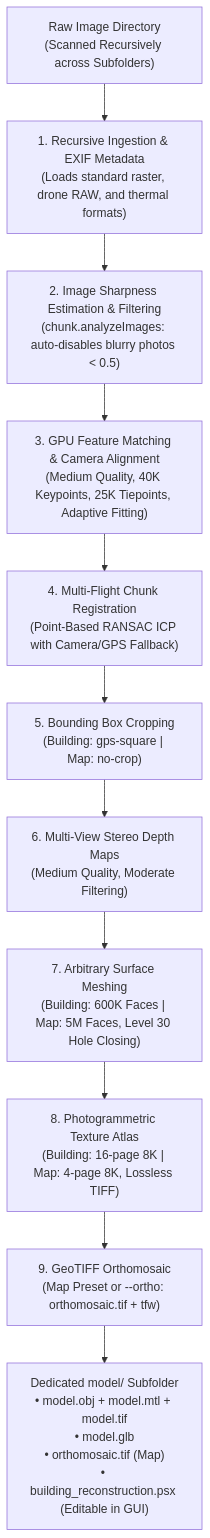
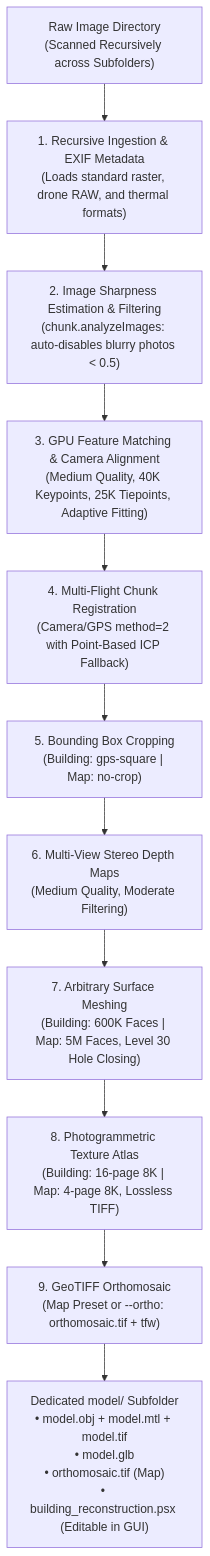
Before and after one commit to ngviettam82/AutoMetashape: the diagram in skills/user/image-to-3d-model/SKILL.md, drawn with Mermaid. The commit also changed other lines of this file and 4 other files, not shown here.

Commit message:
feat: Default to Camera/GPS chunk alignment to prevent symmetric structure flips

````diff
--- a/skills/user/image-to-3d-model/SKILL.md
+++ b/skills/user/image-to-3d-model/SKILL.md
@@ -36,13 +36,13 @@
 ```mermaid
 flowchart TD
     A["Raw Image Directory<br/>(Scanned Recursively across Subfolders)"] --> B["1. Recursive Ingestion & EXIF Metadata<br/>(Loads standard raster, drone RAW, and thermal formats)"]
     B --> C["2. Image Sharpness Estimation & Filtering<br/>(chunk.analyzeImages: auto-disables blurry photos < 0.5)"]
     C --> D["3. GPU Feature Matching & Camera Alignment<br/>(Medium Quality, 40K Keypoints, 25K Tiepoints, Adaptive Fitting)"]
-    D --> E["4. Multi-Flight Chunk Registration<br/>(Point-Based RANSAC ICP with Camera/GPS Fallback)"]
+    D --> E["4. Multi-Flight Chunk Registration<br/>(Camera/GPS method=2 with Point-Based ICP Fallback)"]
     E --> F["5. Bounding Box Cropping<br/>(Building: gps-square | Map: no-crop)"]
     F --> G["6. Multi-View Stereo Depth Maps<br/>(Medium Quality, Moderate Filtering)"]
     G --> H["7. Arbitrary Surface Meshing<br/>(Building: 600K Faces | Map: 5M Faces, Level 30 Hole Closing)"]
     H --> I["8. Photogrammetric Texture Atlas<br/>(Building: 16-page 8K | Map: 4-page 8K, Lossless TIFF)"]
     I --> J["9. GeoTIFF Orthomosaic<br/>(Map Preset or --ortho: orthomosaic.tif + tfw)"]
     J --> K["Dedicated model/ Subfolder<br/>• model.obj + model.mtl + model.tif<br/>• model.glb<br/>• orthomosaic.tif (Map)<br/>• building_reconstruction.psx (Editable in GUI)"]
 ```
````
